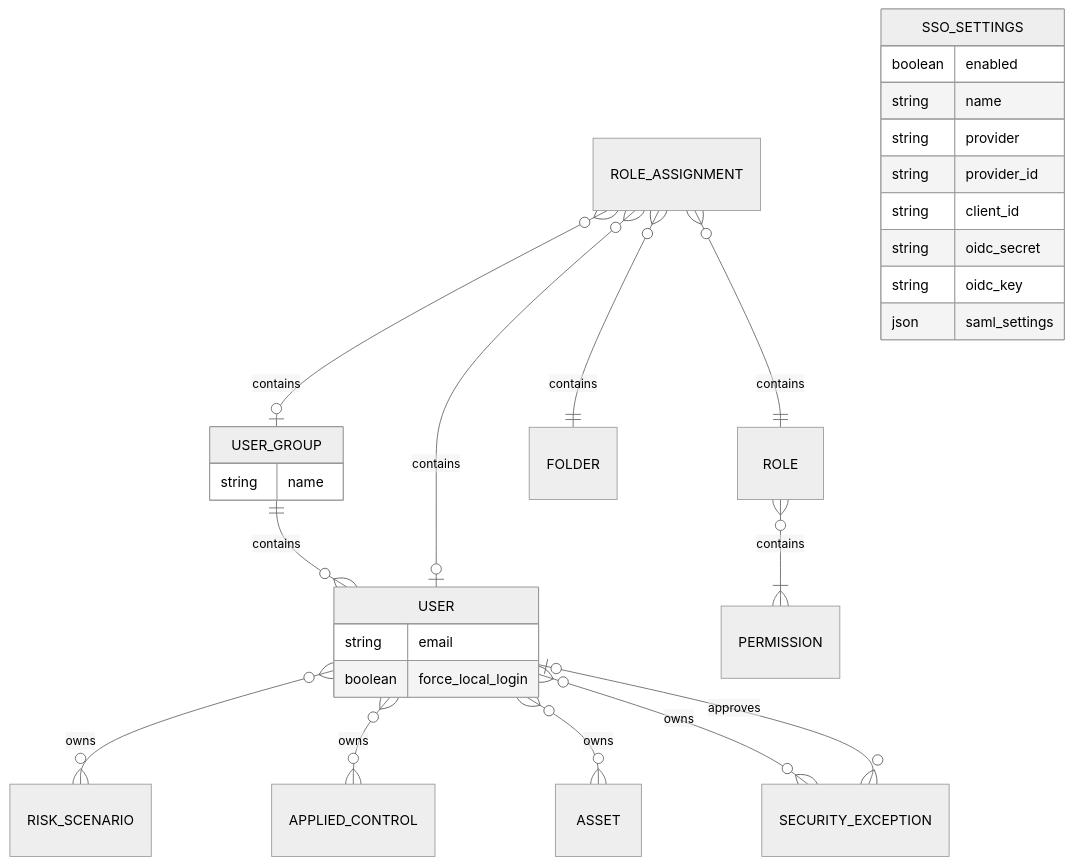
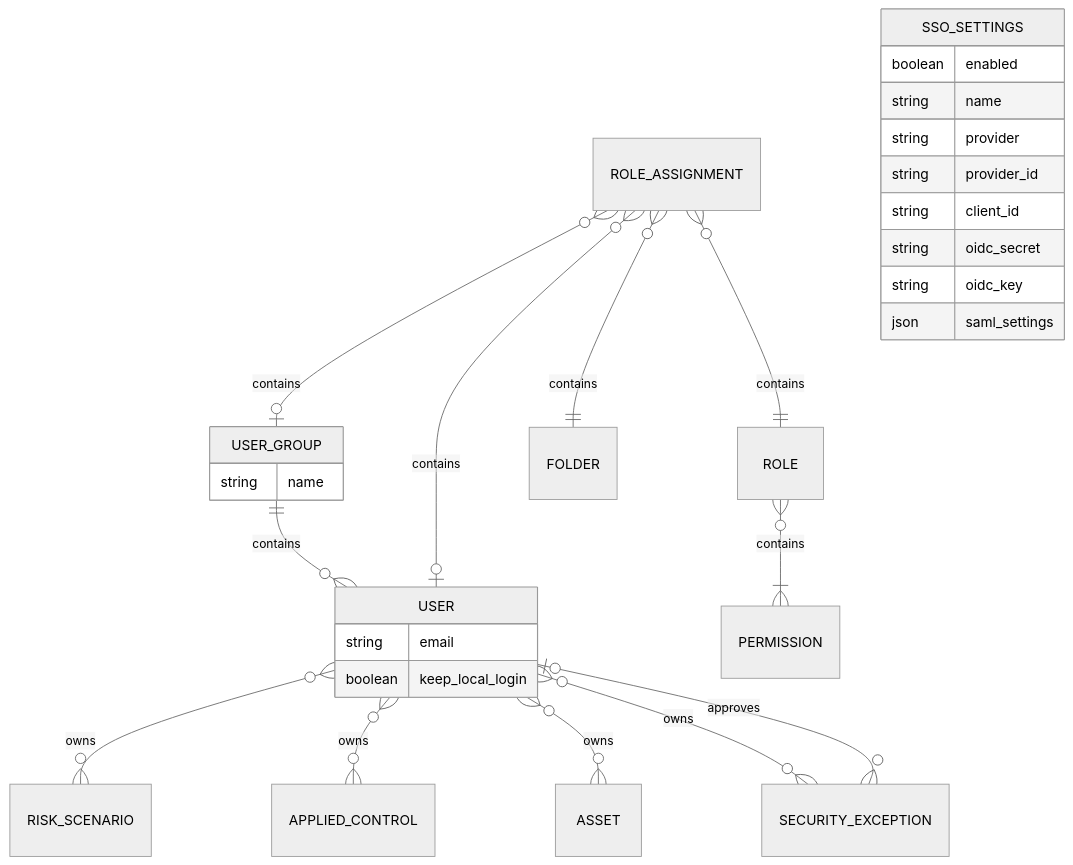
Before and after one commit to intuitem/ciso-assistant-community: the first of 13 diagrams in documentation/architecture/data-model.md, drawn with Mermaid (neutral theme). The commit also changed other lines of this file and 28 other files, not shown here.

First line of the commit message:
keep_local_login instead of force_local_login

````diff
--- a/documentation/architecture/data-model.md
+++ b/documentation/architecture/data-model.md
@@ -7,37 +7,37 @@
 ```mermaid
 erDiagram
 
     USER }o--o{ RISK_SCENARIO : owns
     USER }o--o{ APPLIED_CONTROL : owns
     USER }o--o{ ASSET : owns
     USER }o--o{ SECURITY_EXCEPTION : owns
     USER |o--o{ SECURITY_EXCEPTION : approves
 
     USER_GROUP      ||--o{ USER      : contains
     ROLE            }o--|{ PERMISSION: contains
     ROLE_ASSIGNMENT }o--o| USER_GROUP: contains
     ROLE_ASSIGNMENT }o--o| USER      : contains
     ROLE_ASSIGNMENT }o--|| FOLDER    : contains
     ROLE_ASSIGNMENT }o--|| ROLE      : contains
 
     USER {
         string  email
-        boolean force_local_login
+        boolean keep_local_login
     }
 
     USER_GROUP {
         string name
     }
 
     SSO_SETTINGS {
         boolean enabled
         string  name
         string  provider
         string  provider_id
         string  client_id
         string  oidc_secret
         string  oidc_key
         json    saml_settings
     }
 
 ```
````
